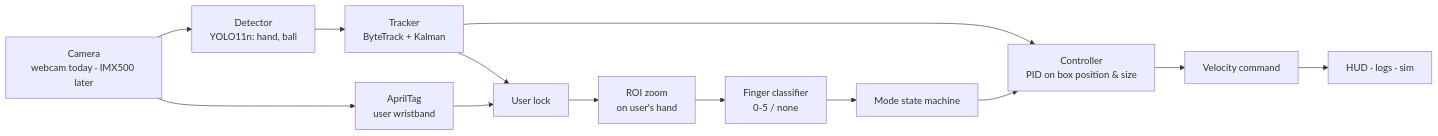
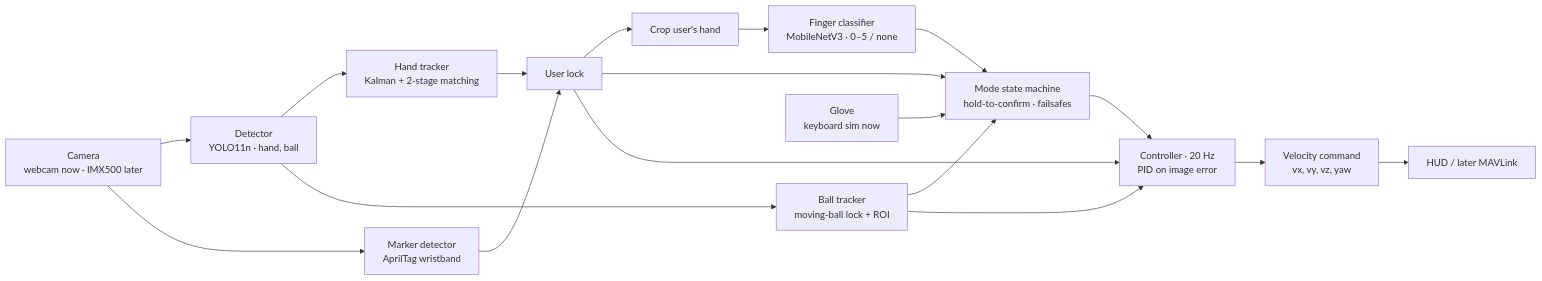
One commit to ml13c/Automated-DroneP changed the diagram in README.md. Above: the diagram before and after it, drawn with Mermaid. The commit also changed other lines of this file and 21 other files, not shown here.

````diff
--- a/README.md
+++ b/README.md
@@ -37,15 +47,20 @@
 ```mermaid
 flowchart LR
-    A[Camera<br/>webcam today · IMX500 later] --> B[Detector<br/>YOLO11n: hand, ball]
-    B --> C[Tracker<br/>ByteTrack + Kalman]
-    A --> D[AprilTag<br/>user wristband]
-    C --> E[User lock]
-    D --> E
-    E --> F[ROI zoom<br/>on user's hand]
-    F --> G[Finger classifier<br/>0-5 / none]
-    G --> H[Mode state machine]
-    C --> I[Controller<br/>PID on box position & size]
-    H --> I
-    I --> J[Velocity command]
-    J --> K[HUD · logs · sim]
+    CAM[Camera<br/>webcam now · IMX500 later] --> DET[Detector<br/>YOLO11n · hand, ball]
+    CAM --> TAG[Marker detector<br/>AprilTag wristband]
+    DET --> HT[Hand tracker<br/>Kalman + 2-stage matching]
+    HT --> LOCK[User lock]
+    TAG --> LOCK
+    LOCK --> CROP[Crop user's hand]
+    CROP --> CLS[Finger classifier<br/>MobileNetV3 · 0–5 / none]
+    DET --> BT[Ball tracker<br/>moving-ball lock + ROI]
+    GLOVE[Glove<br/>keyboard sim now] --> MODES
+    CLS --> MODES[Mode state machine<br/>hold-to-confirm · failsafes]
+    LOCK --> MODES
+    BT --> MODES
+    MODES --> CTRL[Controller · 20 Hz<br/>PID on image error]
+    LOCK --> CTRL
+    BT --> CTRL
+    CTRL --> CMD[Velocity command<br/>vx, vy, vz, yaw]
+    CMD --> HUD[HUD / later MAVLink]
 ```
````
